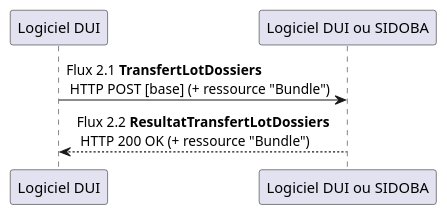
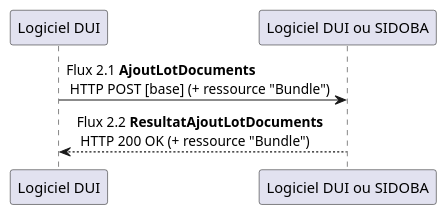
One commit to ansforge/IG-fhir-transfert-donnees-dui-esms changed the diagram in input/images-source/flux2.plantuml. Above: the diagram before and after it, drawn with PlantUML. The commit also changed 8 other files, not shown here.

```diff
--- a/input/images-source/flux2.plantuml
+++ b/input/images-source/flux2.plantuml
@@ -1,6 +1,6 @@
 @startuml
 
-"Logiciel DUI" -> "Logiciel DUI ou SIDOBA" : Flux 2.1 **TransfertLotDossiers** \n HTTP POST [base] (+ ressource "Bundle")
-"Logiciel DUI" <-- "Logiciel DUI ou SIDOBA" : Flux 2.2 **ResultatTransfertLotDossiers** \n HTTP 200 OK (+ ressource "Bundle")
+"Logiciel DUI" -> "Logiciel DUI ou SIDOBA" : Flux 2.1 **AjoutLotDocuments** \n HTTP POST [base] (+ ressource "Bundle")
+"Logiciel DUI" <-- "Logiciel DUI ou SIDOBA" : Flux 2.2 **ResultatAjoutLotDocuments** \n HTTP 200 OK (+ ressource "Bundle")
 
 @enduml
```
